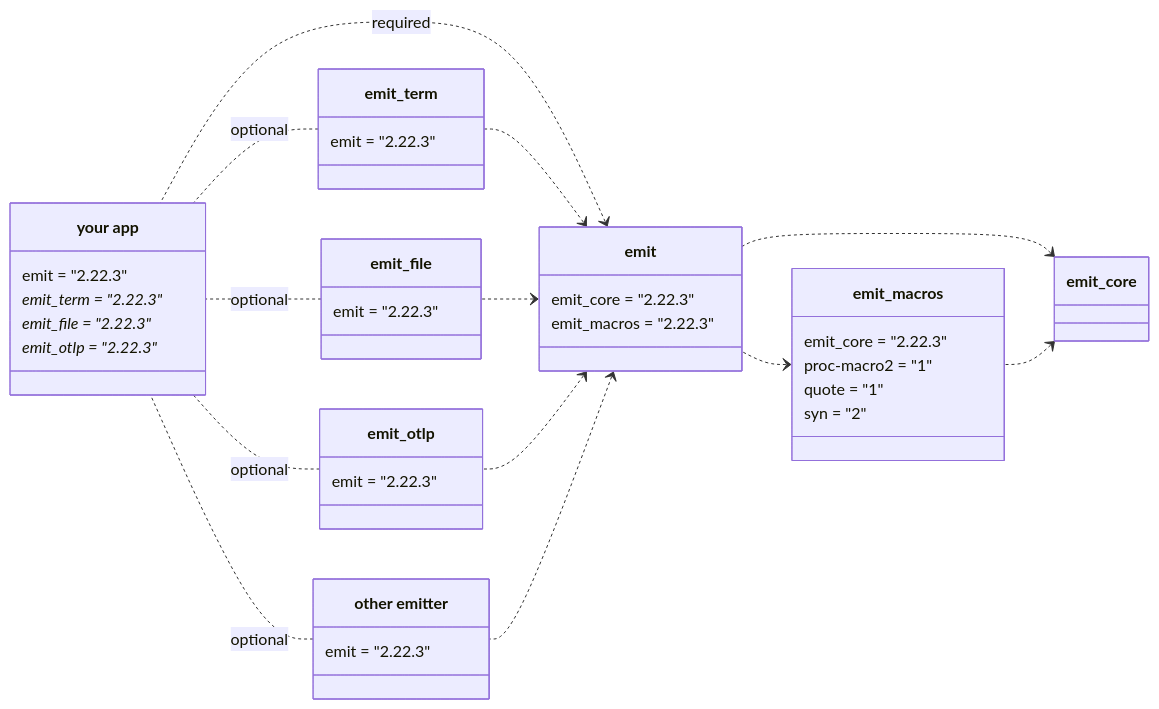
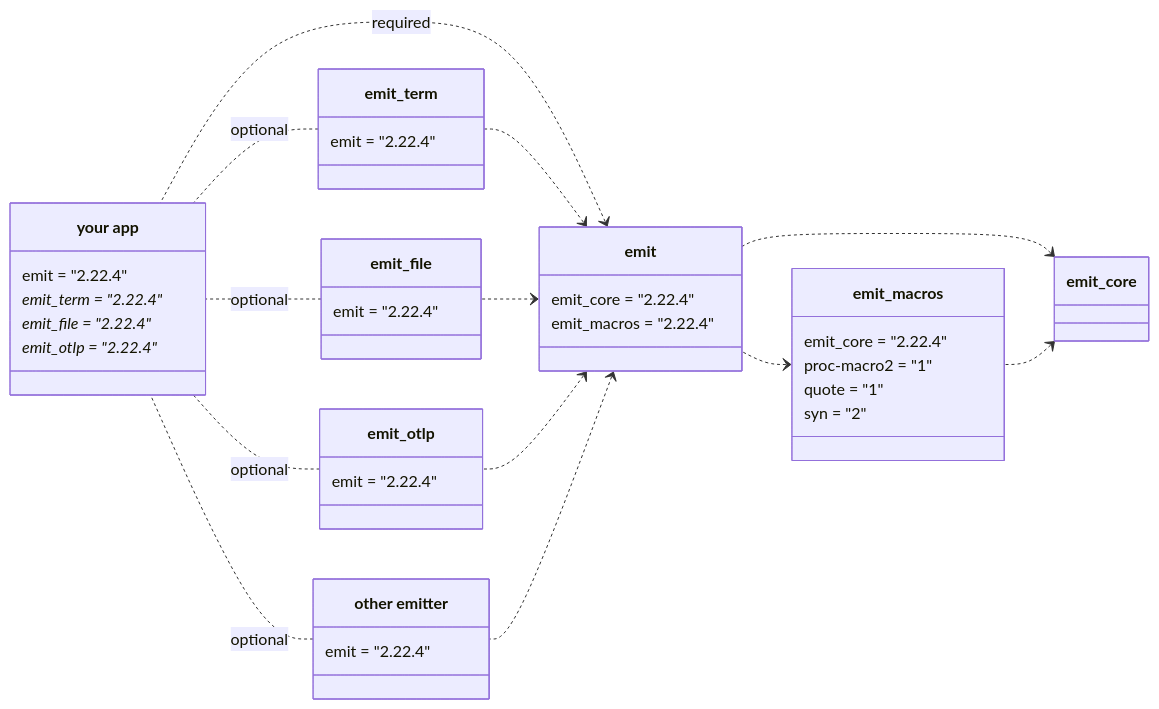
The first of 5 diagrams in book/src/reference/architecture.md (emit-rs/emit), drawn with Mermaid before and after one commit. The commit also changed other lines of this file and 73 other files, not shown here.

````diff
--- a/book/src/reference/architecture.md
+++ b/book/src/reference/architecture.md
@@ -9,62 +9,62 @@
 ```mermaid
 classDiagram
     direction RL
     
     emit_core <.. emit_macros
     emit_core <.. emit
     emit_macros <.. emit
 
     class emit_macros {
-        emit_core = "2.22.3"
+        emit_core = "2.22.4"
         proc-macro2 = "1"
         quote = "1"
         syn = "2"
     }
 
     emit <.. emit_term
     emit <.. emit_file
     emit <.. emit_otlp
     emit <.. emit_custom
 
     emit <.. app : required
 
     class emit {
-        emit_core = "2.22.3"
-        emit_macros = "2.22.3"
+        emit_core = "2.22.4"
+        emit_macros = "2.22.4"
     }
 
     emit_term .. app : optional
     emit_file .. app : optional
     emit_otlp .. app : optional
     emit_custom .. app : optional
 
     class emit_term {
-        emit = "2.22.3"
+        emit = "2.22.4"
     }
 
     class emit_file {
-        emit = "2.22.3"
+        emit = "2.22.4"
     }
 
     class emit_otlp {
-        emit = "2.22.3"
+        emit = "2.22.4"
     }
 
     class emit_custom["other emitter"] {
-        emit = "2.22.3"
+        emit = "2.22.4"
     }
 
     class app["your app"] {
-        emit = "2.22.3"
-        emit_term = "2.22.3"*
-        emit_file = "2.22.3"*
-        emit_otlp = "2.22.3"*
+        emit = "2.22.4"
+        emit_term = "2.22.4"*
+        emit_file = "2.22.4"*
+        emit_otlp = "2.22.4"*
     }
 
-    click emit_core href "https://docs.rs/emit_core/1.22.3/emit_core/index.html"
-    click emit_macros href "https://docs.rs/emit_macros/2.22.3/emit_macros/index.html"
-    click emit href "https://docs.rs/emit/2.22.3/emit/index.html"
-    click emit_term href "https://docs.rs/emit_term/2.22.3/emit_term/index.html"
-    click emit_file href "https://docs.rs/emit_file/2.22.3/emit_file/index.html"
-    click emit_otlp href "https://docs.rs/emit_otlp/2.22.3/emit_otlp/index.html"
+    click emit_core href "https://docs.rs/emit_core/1.22.4/emit_core/index.html"
+    click emit_macros href "https://docs.rs/emit_macros/2.22.4/emit_macros/index.html"
+    click emit href "https://docs.rs/emit/2.22.4/emit/index.html"
+    click emit_term href "https://docs.rs/emit_term/2.22.4/emit_term/index.html"
+    click emit_file href "https://docs.rs/emit_file/2.22.4/emit_file/index.html"
+    click emit_otlp href "https://docs.rs/emit_otlp/2.22.4/emit_otlp/index.html"
 ```
````
